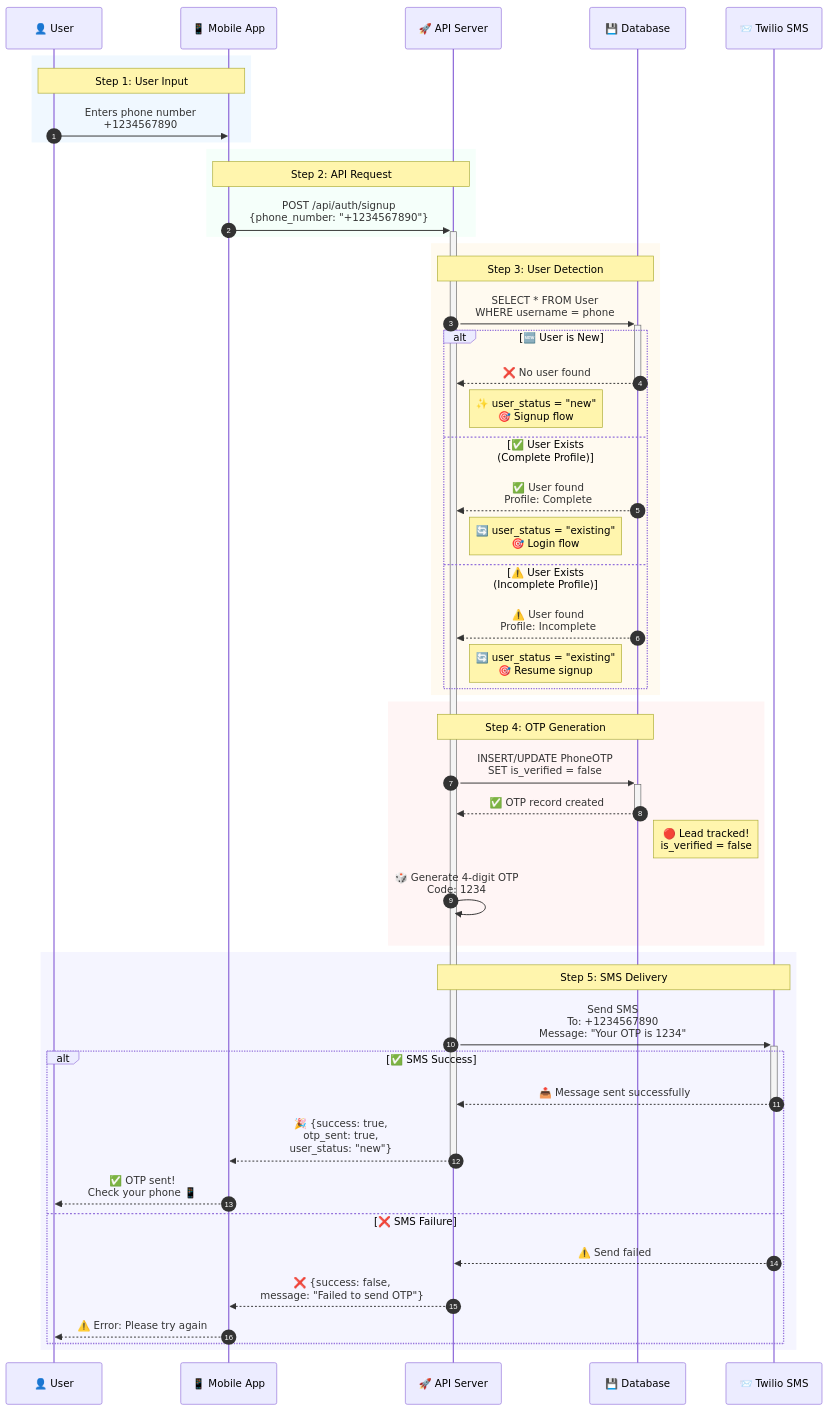
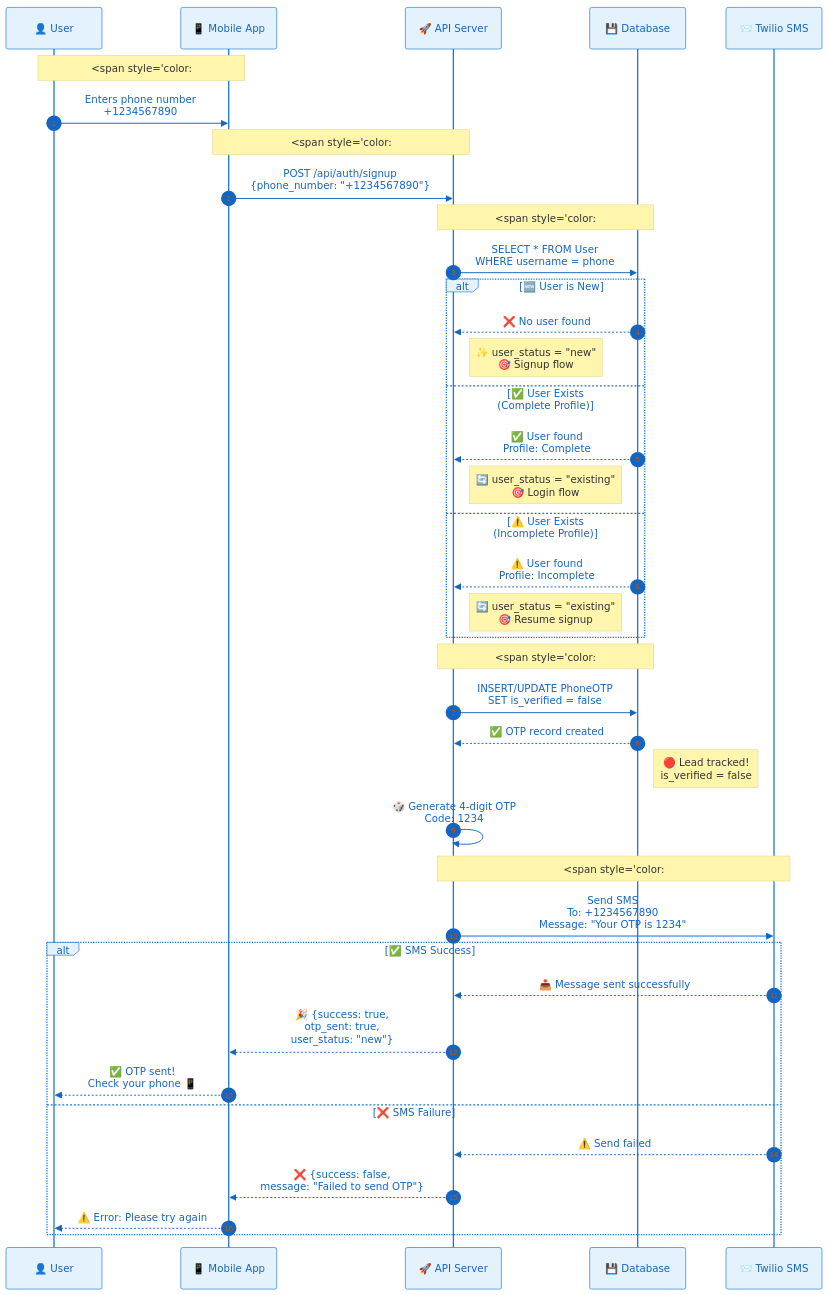
Before and after one commit to LOOPINX-CIRCLE/LoopinBackend: the second of 5 diagrams in PHONE_AUTHENTICATION.md, drawn with Mermaid. The commit also changed other lines of this file, not shown here.

````diff
--- a/PHONE_AUTHENTICATION.md
+++ b/PHONE_AUTHENTICATION.md
@@ -227,57 +227,48 @@
 ```mermaid
+%%{init: {'theme':'base', 'themeVariables': { 'primaryColor':'#e3f2fd','primaryTextColor':'#1565c0','primaryBorderColor':'#1976d2','lineColor':'#42a5f5','secondaryColor':'#f3e5f5','tertiaryColor':'#e8f5e9'}}}%%
 sequenceDiagram
     autonumber
     participant U as 👤 User
     participant M as 📱 Mobile App
     participant A as 🚀 API Server
     participant D as 💾 Database
     participant T as 📨 Twilio SMS
     
-    rect rgb(240, 248, 255)
-    Note over U,M: Step 1: User Input
+    Note over U,M: <span style='color:#1565c0'>Step 1: User Input</span>
     U->>M: Enters phone number<br/>+1234567890
-    end
     
-    rect rgb(245, 255, 250)
-    Note over M,A: Step 2: API Request
-    M->>+A: POST /api/auth/signup<br/>{phone_number: "+1234567890"}
-    end
+    Note over M,A: <span style='color:#2e7d32'>Step 2: API Request</span>
+    M->>A: POST /api/auth/signup<br/>{phone_number: "+1234567890"}
     
-    rect rgb(255, 250, 240)
-    Note over A,D: Step 3: User Detection
-    A->>+D: SELECT * FROM User<br/>WHERE username = phone
+    Note over A,D: <span style='color:#e65100'>Step 3: User Detection</span>
+    A->>D: SELECT * FROM User<br/>WHERE username = phone
     alt 🆕 User is New
-        D-->>-A: ❌ No user found
+        D-->>A: ❌ No user found
         Note right of A: ✨ user_status = "new"<br/>🎯 Signup flow
     else ✅ User Exists (Complete Profile)
         D-->>A: ✅ User found<br/>Profile: Complete
         Note right of A: 🔄 user_status = "existing"<br/>🎯 Login flow
     else ⚠️ User Exists (Incomplete Profile)
         D-->>A: ⚠️ User found<br/>Profile: Incomplete
         Note right of A: 🔄 user_status = "existing"<br/>🎯 Resume signup
     end
-    end
     
-    rect rgb(255, 245, 245)
-    Note over A,D: Step 4: OTP Generation
-    A->>+D: INSERT/UPDATE PhoneOTP<br/>SET is_verified = false
-    D-->>-A: ✅ OTP record created
+    Note over A,D: <span style='color:#c62828'>Step 4: OTP Generation</span>
+    A->>D: INSERT/UPDATE PhoneOTP<br/>SET is_verified = false
+    D-->>A: ✅ OTP record created
     Note right of D: 🔴 Lead tracked!<br/>is_verified = false
     A->>A: 🎲 Generate 4-digit OTP<br/>Code: 1234
-    end
     
-    rect rgb(245, 245, 255)
-    Note over A,T: Step 5: SMS Delivery
-    A->>+T: Send SMS<br/>To: +1234567890<br/>Message: "Your OTP is 1234"
+    Note over A,T: <span style='color:#6a1b9a'>Step 5: SMS Delivery</span>
+    A->>T: Send SMS<br/>To: +1234567890<br/>Message: "Your OTP is 1234"
     
     alt ✅ SMS Success
-        T-->>-A: 📤 Message sent successfully
-        A-->>-M: 🎉 {success: true,<br/>otp_sent: true,<br/>user_status: "new"}
+        T-->>A: 📤 Message sent successfully
+        A-->>M: 🎉 {success: true,<br/>otp_sent: true,<br/>user_status: "new"}
         M-->>U: ✅ OTP sent!<br/>Check your phone 📱
     else ❌ SMS Failure
         T-->>A: ⚠️ Send failed
         A-->>M: ❌ {success: false,<br/>message: "Failed to send OTP"}
         M-->>U: ⚠️ Error: Please try again
     end
-    end
 ```
````
